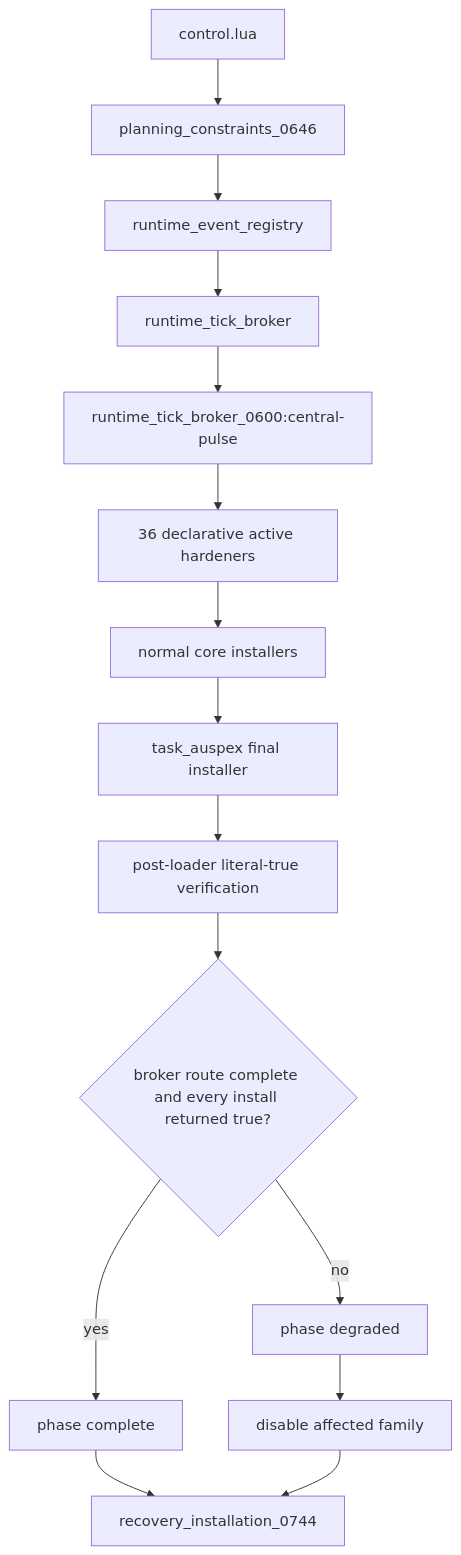
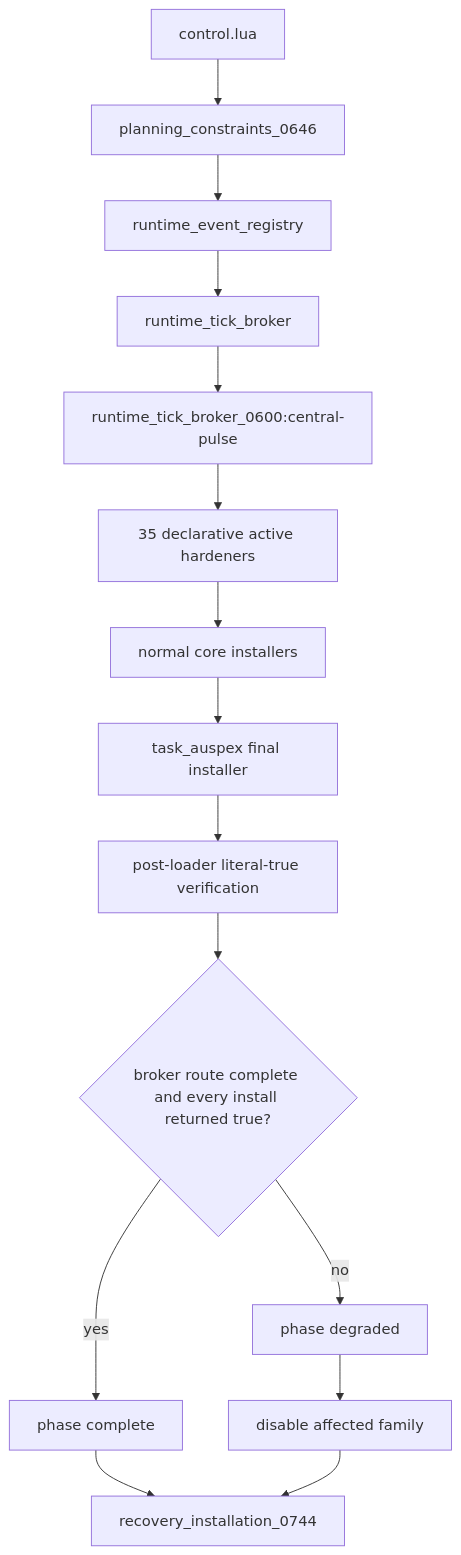
Before and after one commit to mrcalzon02/Tech-Priests: the second of 15 diagrams in docs/RECOVERY_AUTHORITY_MAP_CURRENT.md, drawn with Mermaid. The commit also changed other lines of this file and 6 other files, not shown here.

````diff
--- a/docs/RECOVERY_AUTHORITY_MAP_CURRENT.md
+++ b/docs/RECOVERY_AUTHORITY_MAP_CURRENT.md
@@ -27,21 +27,21 @@
 ```mermaid
 flowchart TD
     Control[control.lua]
     Planning[planning_constraints_0646]
     Registry[runtime_event_registry]
     Broker[runtime_tick_broker]
     Route[runtime_tick_broker_0600:central-pulse]
-    Active[36 declarative active hardeners]
+    Active[35 declarative active hardeners]
     Core[normal core installers]
     Final[task_auspex final installer]
     Verify[post-loader literal-true verification]
     Complete{broker route complete and every install returned true?}
     Ready[phase complete]
     Degraded[phase degraded]
     Disable[disable affected family]
     Ledger[recovery_installation_0744]
 
     Control --> Planning --> Registry --> Broker --> Route --> Active --> Core --> Final --> Verify --> Complete
     Complete -- yes --> Ready --> Ledger
     Complete -- no --> Degraded --> Disable --> Ledger
 ```
````
